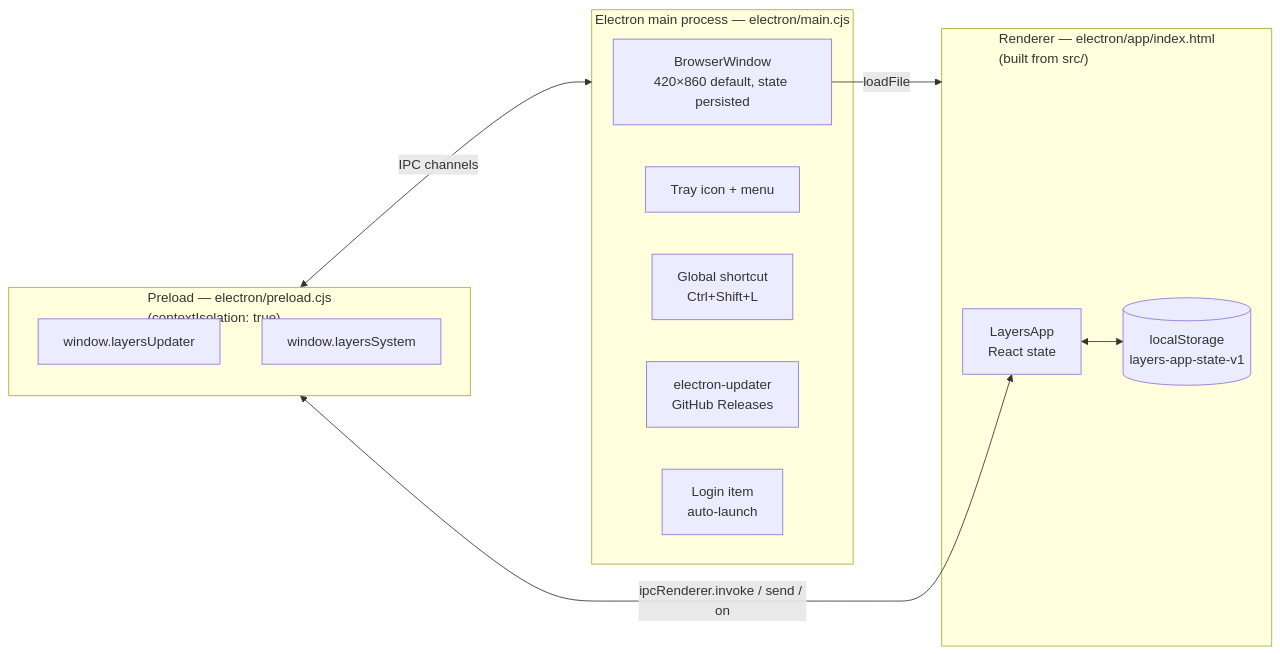
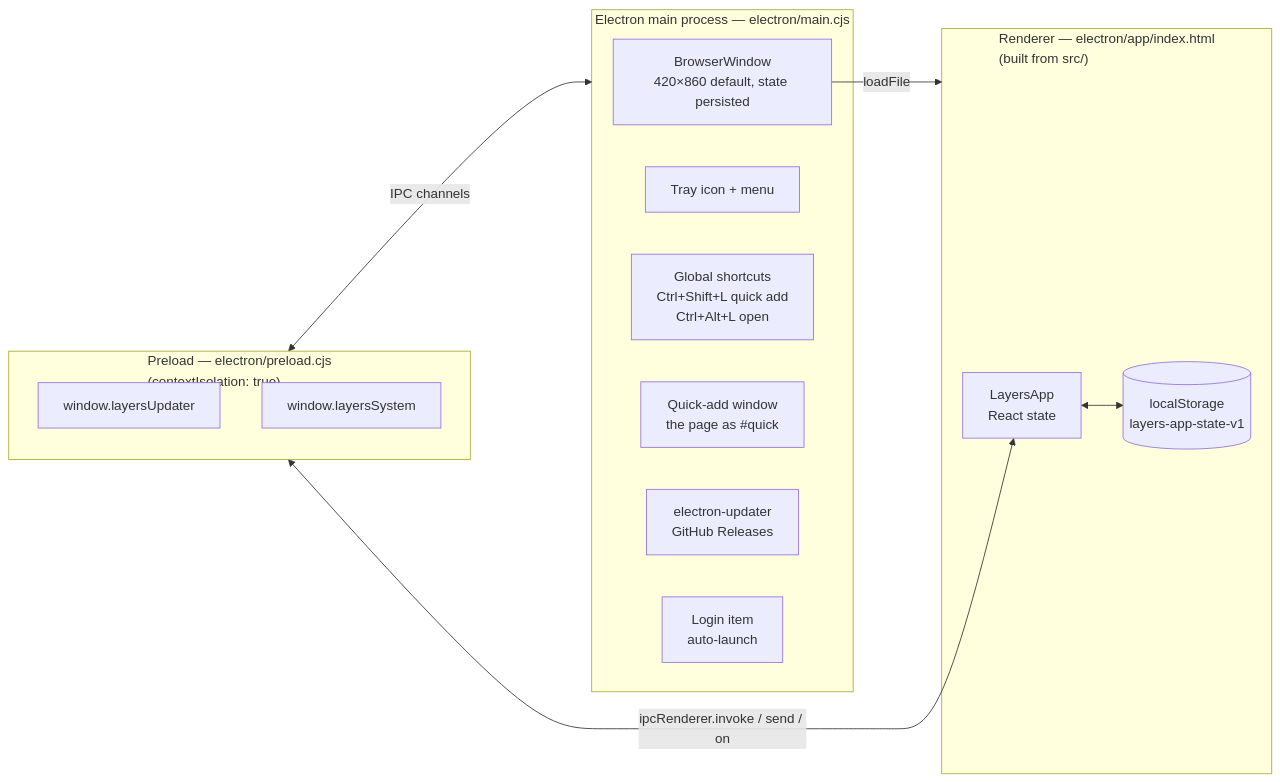
One commit to CastledRuby/layers-app changed the first of 3 diagrams in docs/architecture.md. Above: the diagram before and after it, drawn with Mermaid. The commit also changed 16 other files, not shown here.

First line of the commit message:
Quick-add box: Ctrl+Shift+L from anywhere; Ctrl+Alt+L opens Layers

````diff
--- a/docs/architecture.md
+++ b/docs/architecture.md
@@ -17,22 +17,23 @@
 ```mermaid
 flowchart LR
   subgraph Main["Electron main process — electron/main.cjs"]
     W[BrowserWindow<br/>420×860 default, state persisted]
     T[Tray icon + menu]
-    G[Global shortcut<br/>Ctrl+Shift+L]
+    G[Global shortcuts<br/>Ctrl+Shift+L quick add<br/>Ctrl+Alt+L open]
+    Q[Quick-add window<br/>the page as #quick]
     U[electron-updater<br/>GitHub Releases]
     A[Login item<br/>auto-launch]
   end
   subgraph Preload["Preload — electron/preload.cjs<br/>(contextIsolation: true)"]
     LU[window.layersUpdater]
     LS[window.layersSystem]
   end
   subgraph Renderer["Renderer — electron/app/index.html<br/>(built from src/)"]
     R[LayersApp<br/>React state]
     LSTORE[(localStorage<br/>layers-app-state-v1)]
   end
   W -- loadFile --> Renderer
   R <-- ipcRenderer.invoke / send / on --> Preload
   Preload <-- IPC channels --> Main
   R <--> LSTORE
 ```
````
